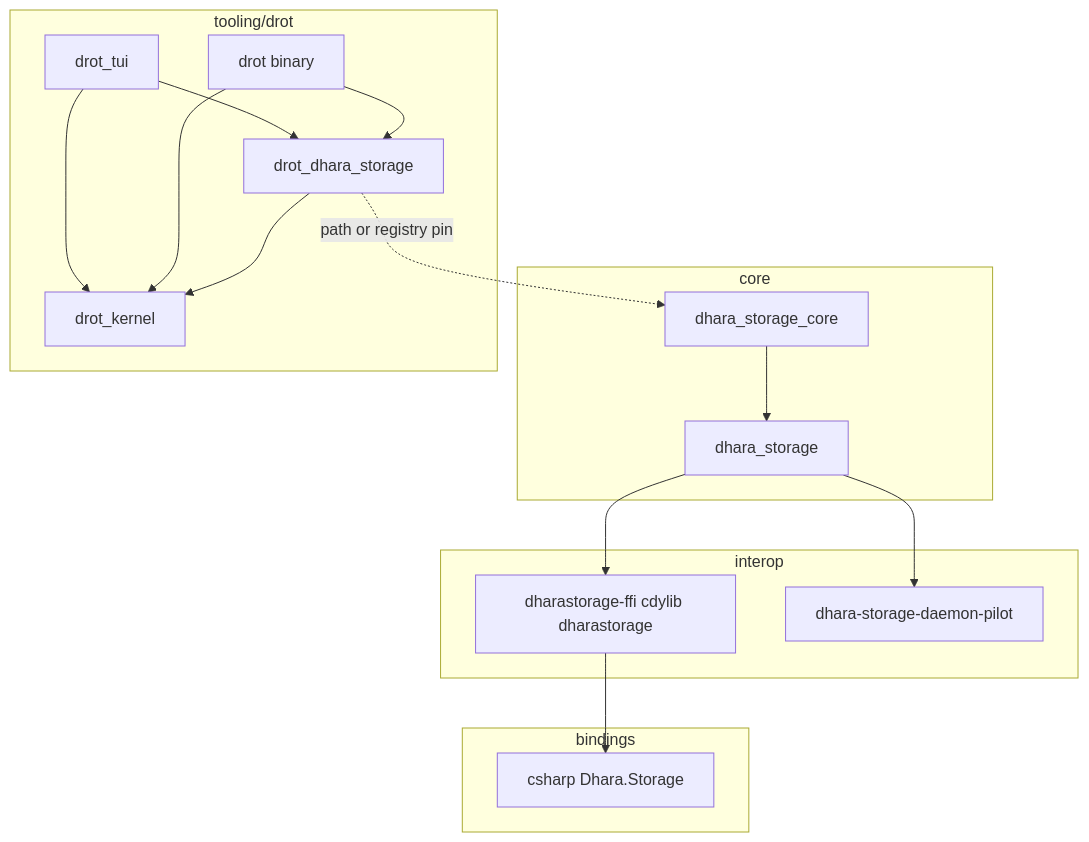
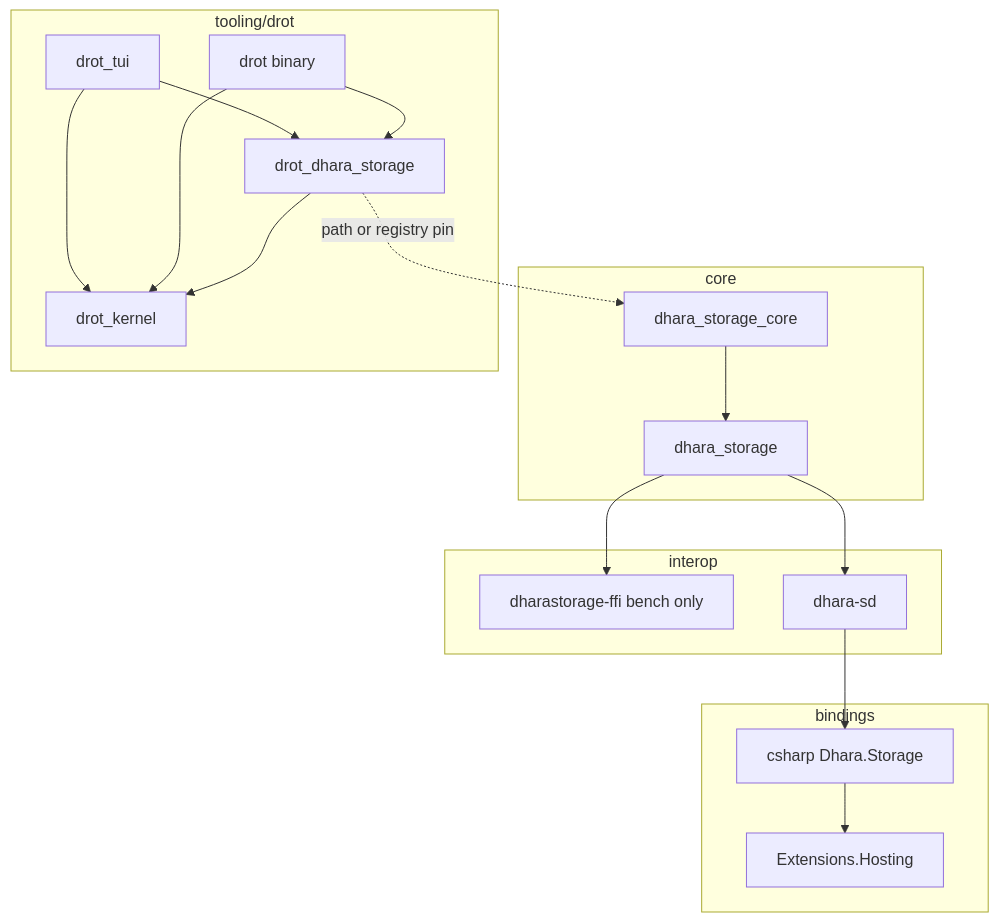
Before and after one commit to D-Naveenz/dhara_storage: the first of 2 diagrams in docs/architecture.md, drawn with Mermaid. The commit also changed other lines of this file and 67 other files, not shown here.

First line of the commit message:
✨ Adopt dhara-sd daemon transport for .NET bindings

````diff
--- a/docs/architecture.md
+++ b/docs/architecture.md
@@ -7,34 +7,36 @@
 ```mermaid
 flowchart TB
   subgraph core [core]
     coreCrate[dhara_storage_core]
     runtime[dhara_storage]
   end
 
   subgraph interop [interop]
-    ffi[dharastorage-ffi cdylib dharastorage]
-    daemon[dhara-storage-daemon-pilot]
+    ffi[dharastorage-ffi bench only]
+    daemon[dhara-sd]
   end
 
   subgraph bindings [bindings]
     csharp[csharp Dhara.Storage]
+    hosting[Extensions.Hosting]
   end
 
   subgraph tool [tooling/drot]
     kernel[drot_kernel]
     plugin[drot_dhara_storage]
     tui[drot_tui]
     bin[drot binary]
   end
 
   coreCrate --> runtime
   runtime --> ffi
   runtime --> daemon
-  ffi --> csharp
+  daemon --> csharp
+  csharp --> hosting
   plugin --> kernel
   bin --> kernel
   bin --> plugin
   tui --> kernel
   tui --> plugin
   plugin -.->|path or registry pin| coreCrate
 ```
````
